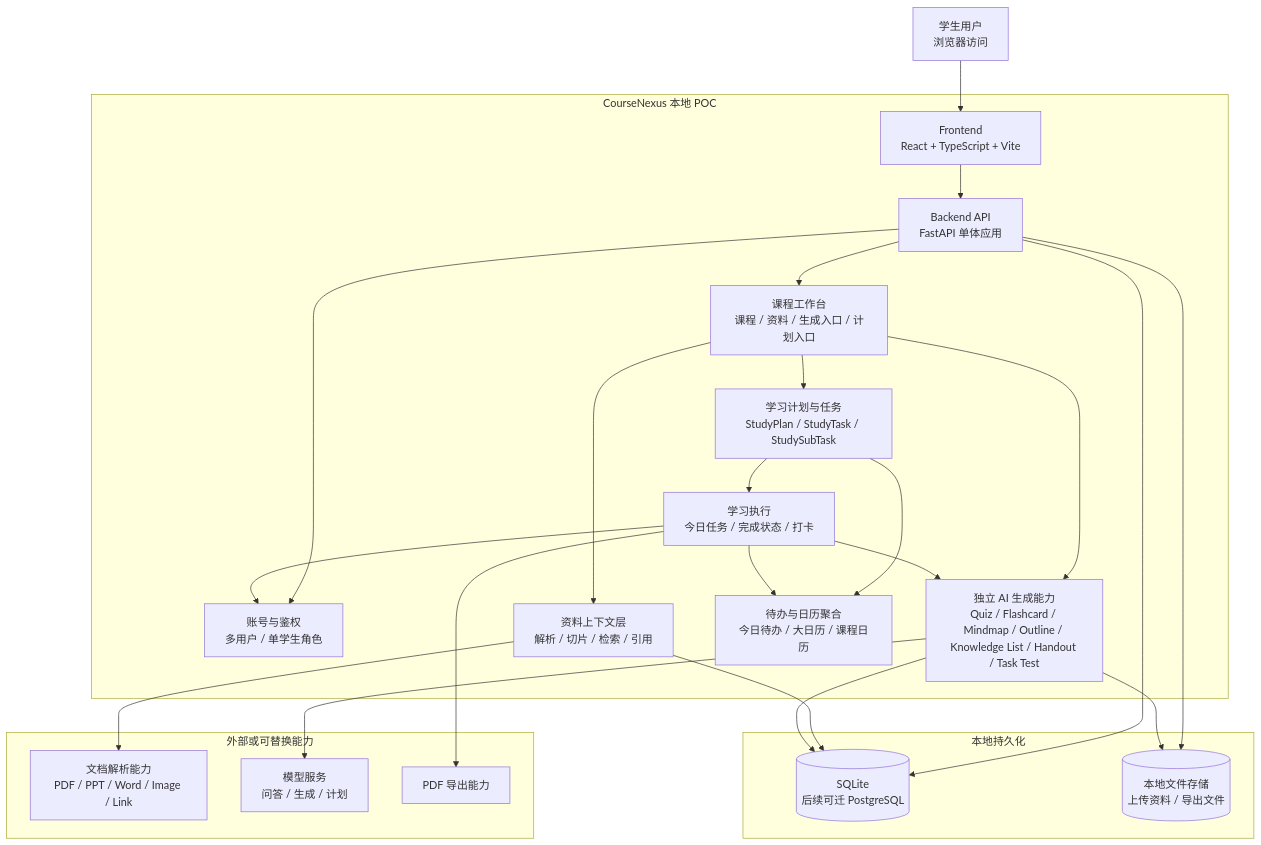
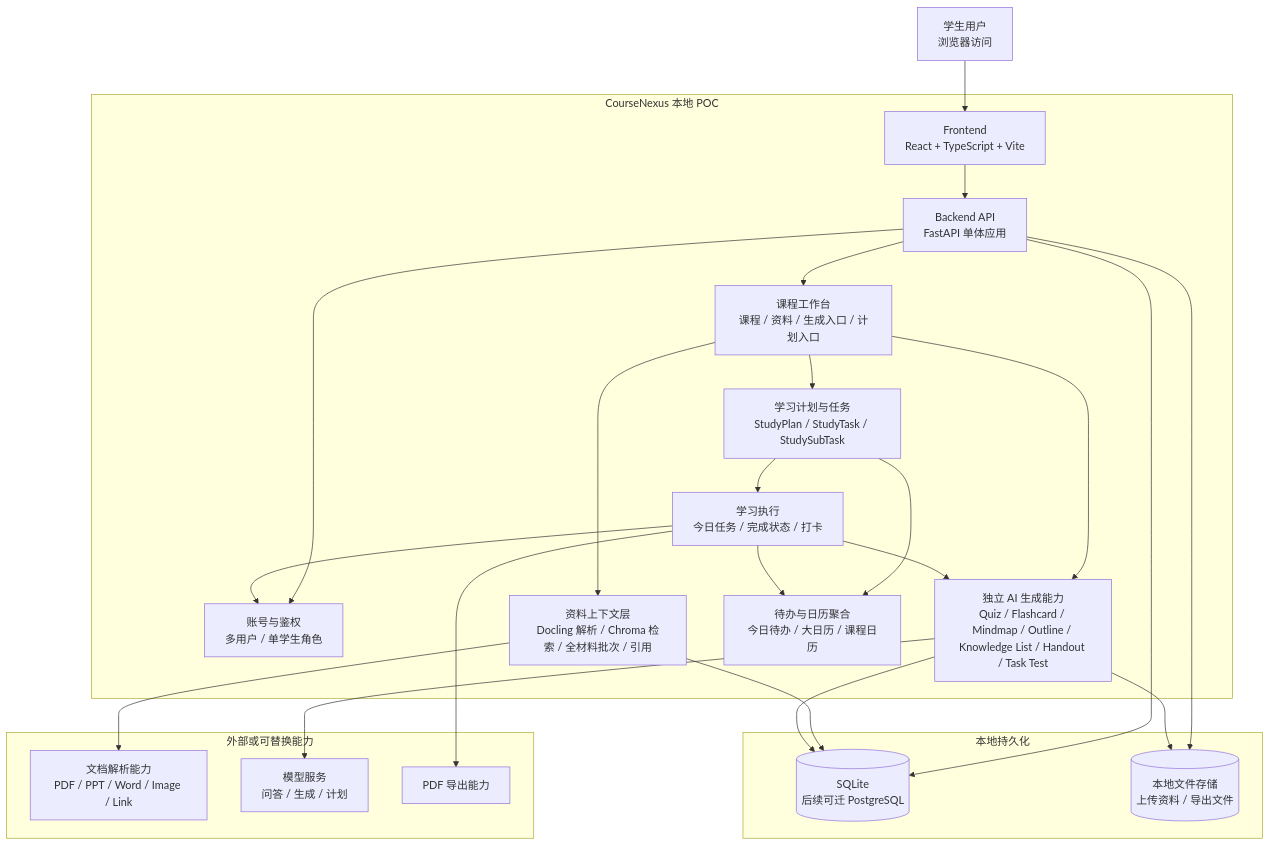
Before and after one commit to cyruan815/CourseNexus: the diagram in docs/architecture/overview.md, drawn with Mermaid. The commit also changed other lines of this file and 15 other files, not shown here.

Commit message:
docs(architecture): 记录本地 RAG 业务与技术方案

````diff
--- a/docs/architecture/overview.md
+++ b/docs/architecture/overview.md
@@ -38,49 +40,49 @@
 ```mermaid
 flowchart TB
     STUDENT["学生用户<br/>浏览器访问"]
 
     subgraph APP["CourseNexus 本地 POC"]
         FE["Frontend<br/>React + TypeScript + Vite"]
         API["Backend API<br/>FastAPI 单体应用"]
         AUTH["账号与鉴权<br/>多用户 / 单学生角色"]
         COURSE["课程工作台<br/>课程 / 资料 / 生成入口 / 计划入口"]
-        CTX["资料上下文层<br/>解析 / 切片 / 检索 / 引用"]
+    CTX["资料上下文层<br/>Docling 解析 / Chroma 检索 / 全材料批次 / 引用"]
         GEN["独立 AI 生成能力<br/>Quiz / Flashcard / Mindmap / Outline / Knowledge List / Handout / Task Test"]
         PLAN["学习计划与任务<br/>StudyPlan / StudyTask / StudySubTask"]
         CAL["待办与日历聚合<br/>今日待办 / 大日历 / 课程日历"]
         EXEC["学习执行<br/>今日任务 / 完成状态 / 打卡"]
     end
 
     subgraph STORE["本地持久化"]
         DB[("SQLite<br/>后续可迁 PostgreSQL")]
         FILES[("本地文件存储<br/>上传资料 / 导出文件")]
     end
 
     subgraph EXT["外部或可替换能力"]
         PARSER["文档解析能力<br/>PDF / PPT / Word / Image / Link"]
         LLM["模型服务<br/>问答 / 生成 / 计划"]
         PDF["PDF 导出能力"]
     end
 
     STUDENT --> FE
     FE --> API
     API --> AUTH
     API --> COURSE
     COURSE --> CTX
     COURSE --> GEN
     COURSE --> PLAN
     PLAN --> CAL
     PLAN --> EXEC
     EXEC --> GEN
     EXEC --> CAL
     EXEC --> AUTH
 
     API --> DB
     API --> FILES
     CTX --> PARSER
     CTX --> DB
     GEN --> LLM
     GEN --> DB
     GEN --> FILES
     EXEC --> PDF
 ```
````
